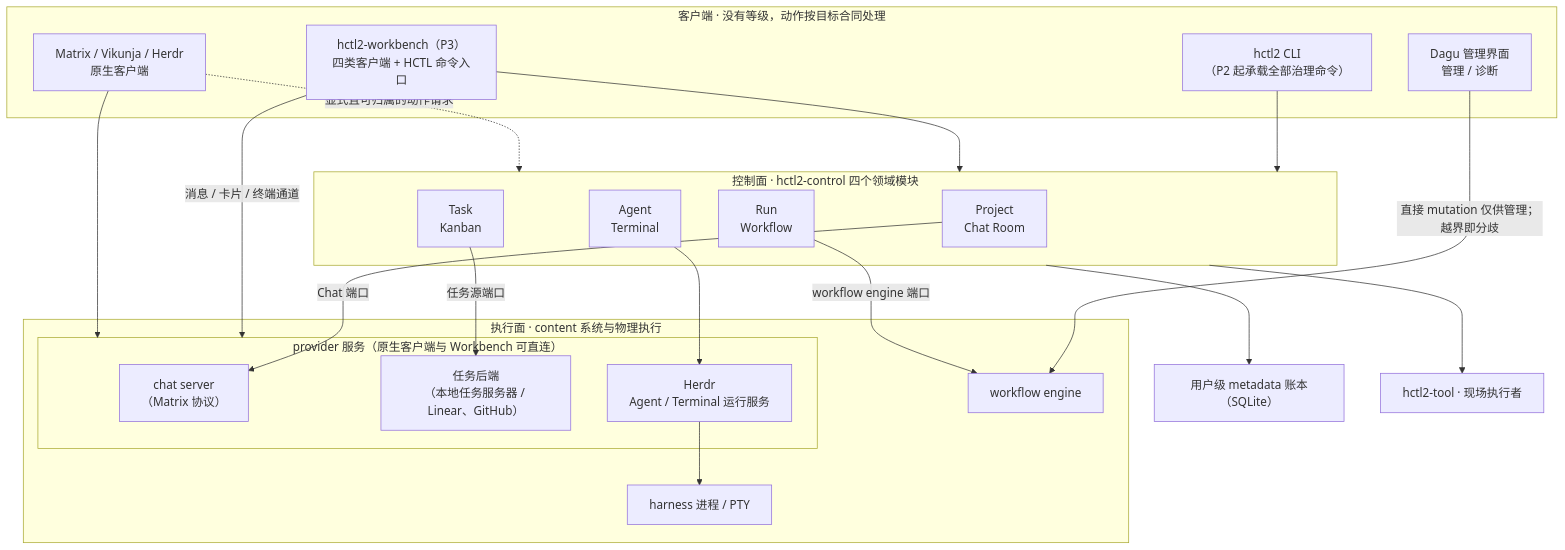
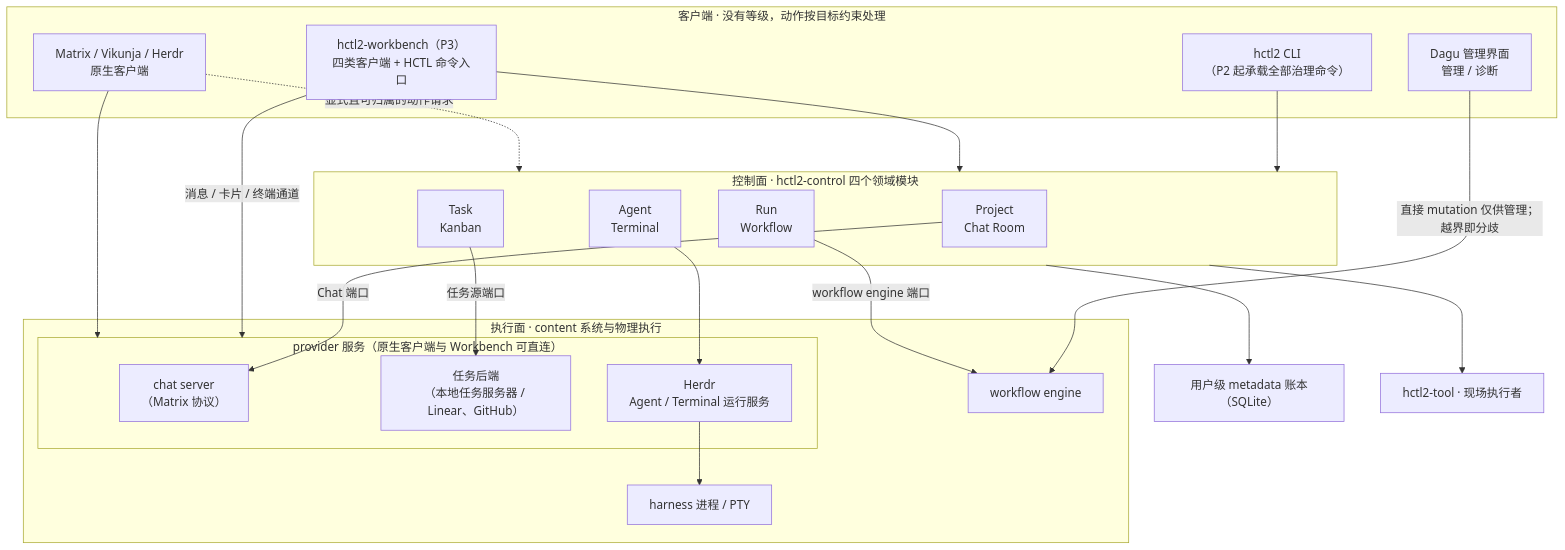
One commit to yesme/hctl2 changed the diagram in README.md. Above: the diagram before and after it, drawn with Mermaid. The commit also changed other lines of this file and 40 other files, not shown here.

````diff
--- a/README.md
+++ b/README.md
@@ -23,40 +23,40 @@
 ```mermaid
 flowchart TB
-    subgraph Clients["客户端 · 没有等级，动作按目标合同处理"]
+    subgraph Clients["客户端 · 没有等级，动作按目标约束处理"]
         CLI["hctl2 CLI<br/>（P2 起承载全部治理命令）"]
         Bench["hctl2-workbench（P3）<br/>四类客户端 + HCTL 命令入口"]
         Native["Matrix / Vikunja / Herdr<br/>原生客户端"]
         Admin["Dagu 管理界面<br/>管理 / 诊断"]
     end
 
     subgraph Control["控制面 · hctl2-control 四个领域模块"]
         P["Project<br/>Chat Room"]
         T["Task<br/>Kanban"]
         R["Run<br/>Workflow"]
         H["Agent<br/>Terminal"]
     end
 
     subgraph Exec["执行面 · content 系统与物理执行"]
         subgraph Direct["provider 服务（原生客户端与 Workbench 可直连）"]
             chat_srv["chat server<br/>（Matrix 协议）"]
             task_backend["任务后端<br/>（本地任务服务器 / Linear、GitHub）"]
             agency["Herdr<br/>Agent / Terminal 运行服务"]
         end
         engine["workflow engine"]
         runtime["harness 进程 / PTY"]
     end
 
     CLI --> Control
     Bench --> Control
     Native -.->|显式且可归属的动作请求| Control
     Bench -->|消息 / 卡片 / 终端通道| Direct
     Native --> Direct
     Admin -->|直接 mutation 仅供管理；越界即分歧| engine
     P -->|Chat 端口| chat_srv
     T -->|任务源端口| task_backend
     R -->|workflow engine 端口| engine
     H --> agency
     agency --> runtime
     Control --> DB["用户级 metadata 账本（SQLite）"]
     Control --> Tool["hctl2-tool · 现场执行者"]
 ```
````
